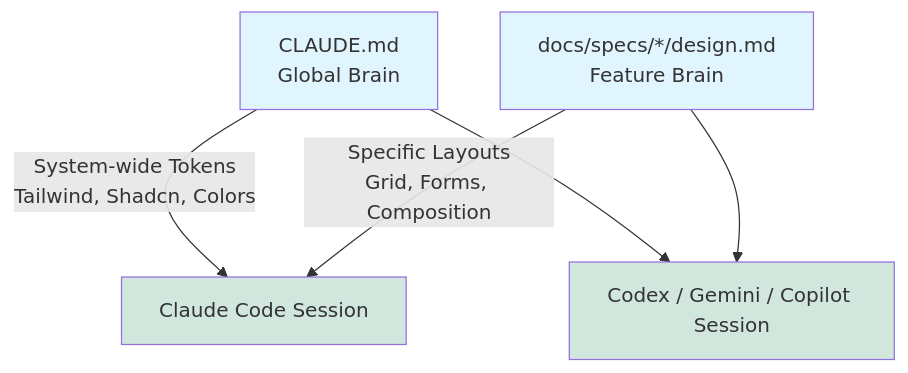
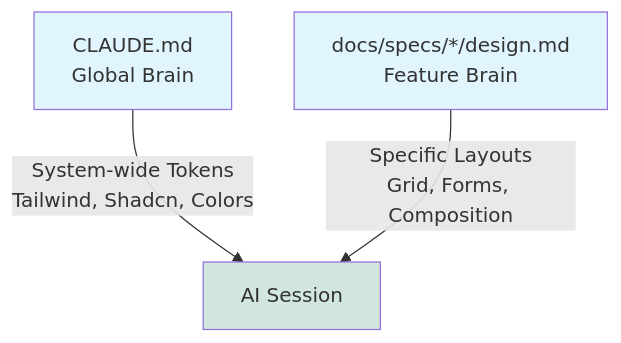
One commit to rixrix/afx changed the eighth of 10 diagrams in README.md. Above: the diagram before and after it, drawn with Mermaid. The commit also changed other lines of this file and 9 other files, not shown here.

````diff
--- a/README.md
+++ b/README.md
@@ -238,12 +261,9 @@
 ```mermaid
 graph TD
-    A[CLAUDE.md<br/>Global Brain] -->|System-wide Tokens<br/>Tailwind, Shadcn, Colors| C[Claude Code Session]
+    A[CLAUDE.md<br/>Global Brain] -->|System-wide Tokens<br/>Tailwind, Shadcn, Colors| C[AI Session]
     B[docs/specs/*/design.md<br/>Feature Brain] -->|Specific Layouts<br/>Grid, Forms, Composition| C
-    A --> D[Codex / Gemini / Copilot Session]
-    B --> D
 
     style A fill:#e1f5ff
     style B fill:#e1f5ff
     style C fill:#d1e7dd
-    style D fill:#d1e7dd
 ```
````
